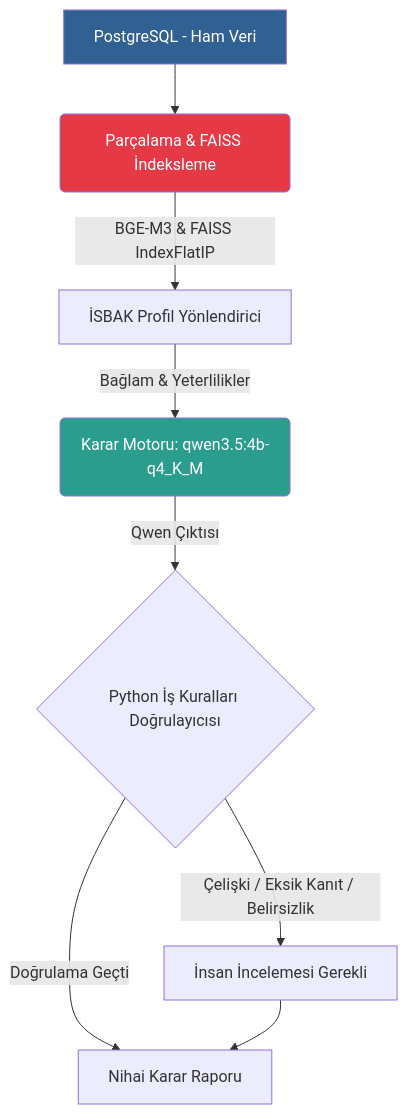
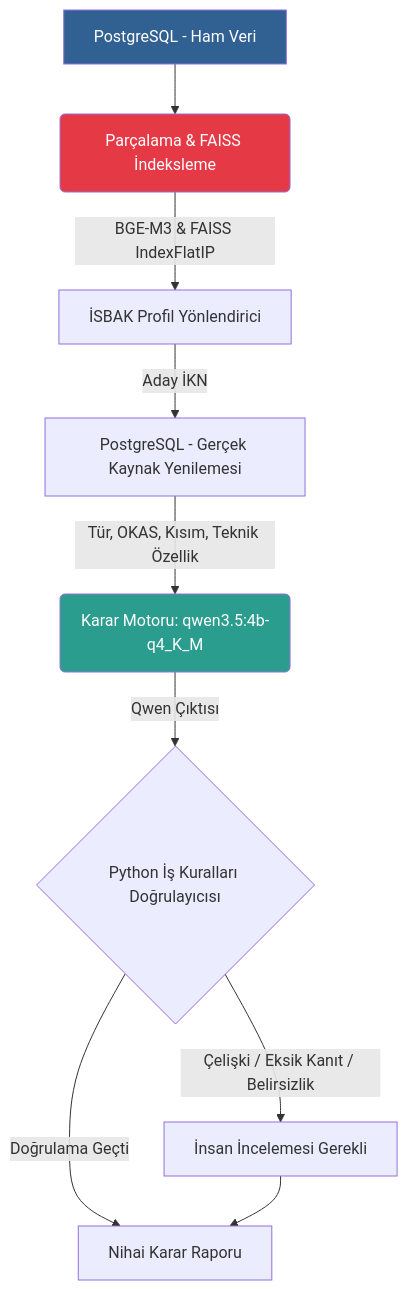
Before and after one commit to mertevran/ekap_llm: the diagram in README.md, drawn with Mermaid. The commit also changed other lines of this file and 54 other files, not shown here.

````diff
--- a/README.md
+++ b/README.md
@@ -41,15 +41,16 @@
 ```mermaid
 graph TD
     A[PostgreSQL - Ham Veri] --> B(Parçalama & FAISS İndeksleme)
     B -->|BGE-M3 & FAISS IndexFlatIP| C[İSBAK Profil Yönlendirici]
-    C -->|Bağlam & Yeterlilikler| D(Karar Motoru: qwen3.5:4b-q4_K_M)
+    C -->|Aday İKN| H[PostgreSQL - Gerçek Kaynak Yenilemesi]
+    H -->|Tür, OKAS, Kısım, Teknik Özellik| D(Karar Motoru: qwen3.5:4b-q4_K_M)
     
     D -->|Qwen Çıktısı| E{Python İş Kuralları Doğrulayıcısı}
     E -->|Doğrulama Geçti| F[Nihai Karar Raporu]
     E -->|Çelişki / Eksik Kanıt / Belirsizlik| I[İnsan İncelemesi Gerekli]
     I --> F
     
     style A fill:#316192,color:#fff
     style B fill:#e63946,color:#fff
     style D fill:#2a9d8f,color:#fff
 ```
````
